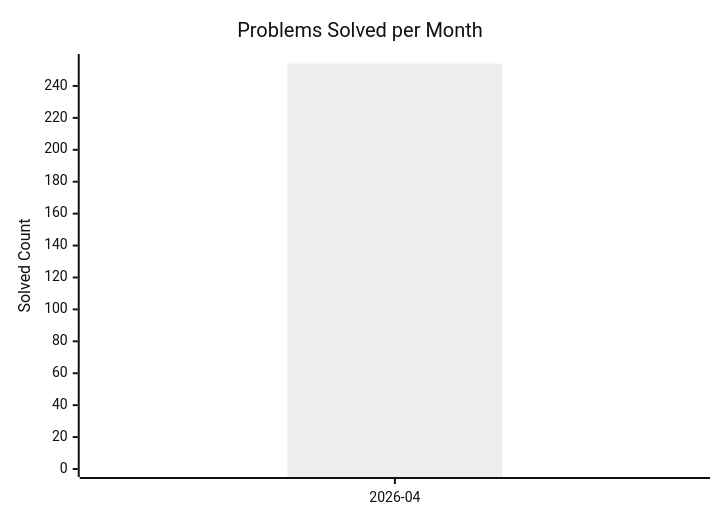
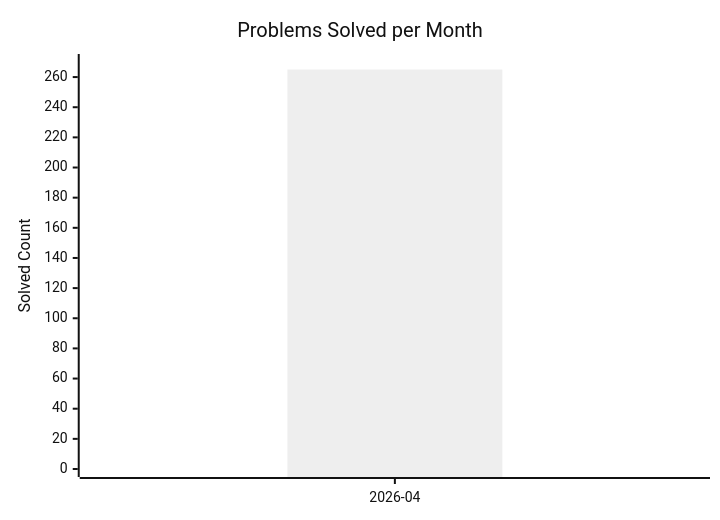
Before and after one commit to AdityaPandey-DEV/CP-Progress-Sync: the diagram in dashboard.md, drawn with Mermaid (neutral theme). The commit also changed other lines of this file, not shown here.

Commit message:
Auto-update CP dashboard [skip ci]

````diff
--- a/dashboard.md
+++ b/dashboard.md
@@ -8,8 +8,8 @@
 ```mermaid
 xychart-beta
     title "Problems Solved per Month"
     x-axis ["2026-04"]
-    y-axis "Solved Count" 0 --> 255
-    bar [254]
-    line [254]
+    y-axis "Solved Count" 0 --> 270
+    bar [265]
+    line [265]
 ```
````
